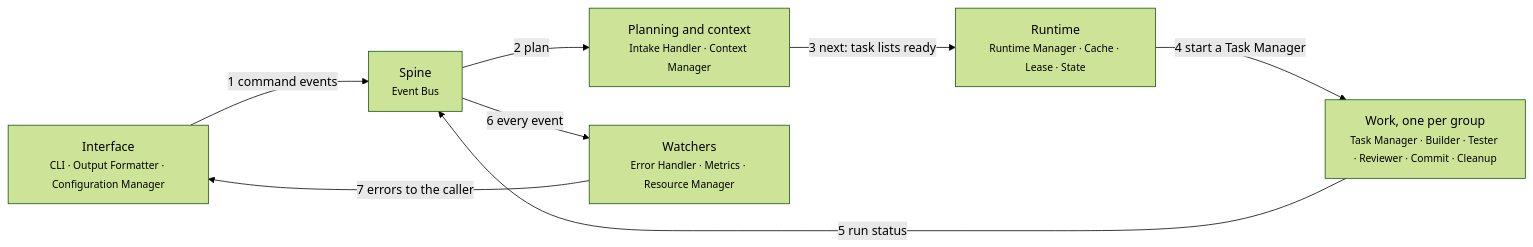
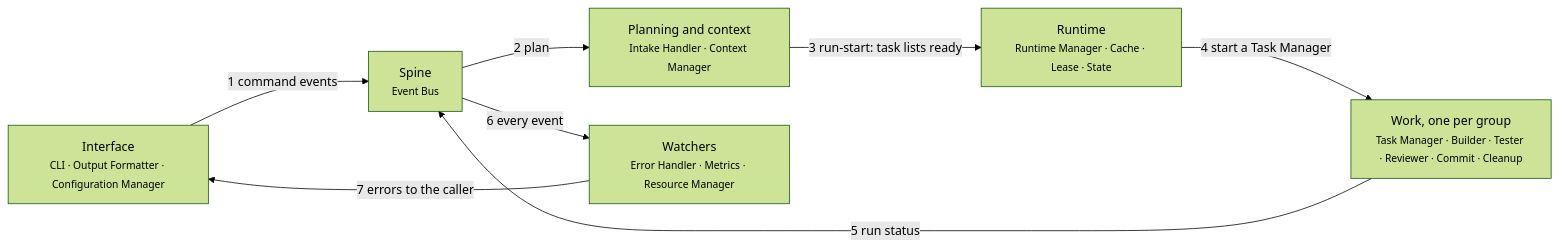
One commit to rdevitto86/komodo-agentic-harness-coding changed the third of 5 diagrams in docs/hld.md. Above: the diagram before and after it, drawn with Mermaid (forest theme). The commit also changed other lines of this file, not shown here.

Commit message:
docs: write the owner's round-3 answers into the HLD: no next or init, the bus event store, epic branch first, heartbeats and limits

````diff
--- a/docs/hld.md
+++ b/docs/hld.md
@@ -124,16 +124,16 @@
 ```mermaid
 flowchart LR
   IF["Interface<br><small>CLI · Output Formatter · Configuration Manager</small>"]:::actor
   SP["Spine<br><small>Event Bus</small>"]:::core
   PL["Planning and context<br><small>Intake Handler · Context Manager</small>"]
   RT["Runtime<br><small>Runtime Manager · Cache · Lease · State</small>"]:::core
   WK["Work, one per group<br><small>Task Manager · Builder · Tester · Reviewer · Commit · Cleanup</small>"]
   WA["Watchers<br><small>Error Handler · Metrics · Resource Manager</small>"]:::muted
   IF -->|"1 command events"| SP
   SP -->|"2 plan"| PL
-  PL -->|"3 next: task lists ready"| RT
+  PL -->|"3 run-start: task lists ready"| RT
   RT -->|"4 start a Task Manager"| WK
   WK -->|"5 run status"| SP
   SP -->|"6 every event"| WA
   WA -->|"7 errors to the caller"| IF
 ```
````
